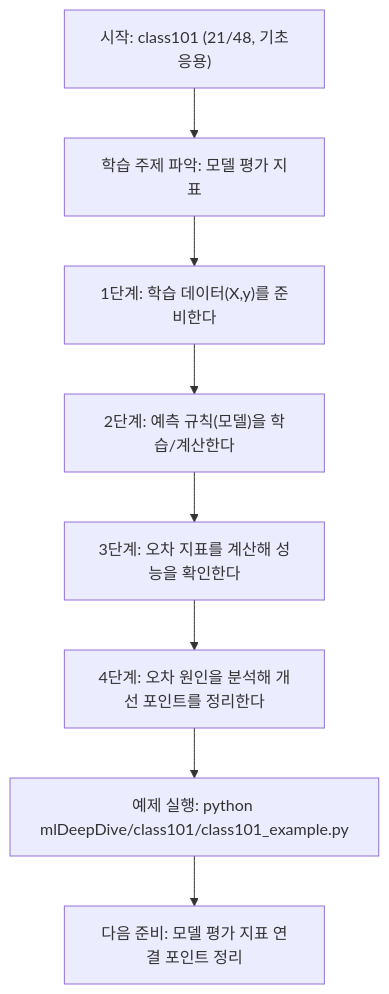
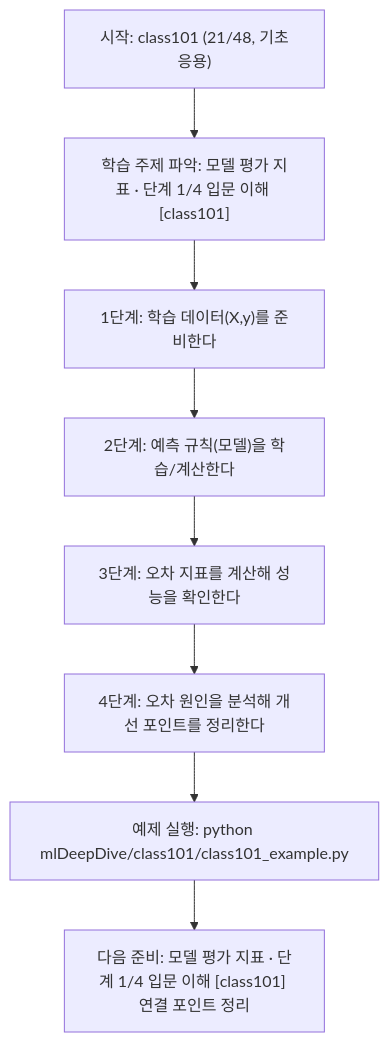
The diagram in mlDeepDive/class101/class101.md (edumgt/Python-AI_Agent-Class), drawn with Mermaid before and after one commit. The commit also changed other lines of this file and 522 other files, not shown here.

````diff
--- a/mlDeepDive/class101/class101.md
+++ b/mlDeepDive/class101/class101.md
@@ -109,18 +110,18 @@
 ```mermaid
 flowchart TD
 N1["시작: class101 (21/48, 기초응용)"]
-N2["학습 주제 파악: 모델 평가 지표"]
+N2["학습 주제 파악: 모델 평가 지표 · 단계 1/4 입문 이해 [class101]"]
 N3["1단계: 학습 데이터(X,y)를 준비한다"]
 N4["2단계: 예측 규칙(모델)을 학습/계산한다"]
 N5["3단계: 오차 지표를 계산해 성능을 확인한다"]
 N6["4단계: 오차 원인을 분석해 개선 포인트를 정리한다"]
 N7["예제 실행: python mlDeepDive/class101/class101_example.py"]
-N8["다음 준비: 모델 평가 지표 연결 포인트 정리"]
+N8["다음 준비: 모델 평가 지표 · 단계 1/4 입문 이해 [class101] 연결 포인트 정리"]
 N1 --> N2
 N2 --> N3
 N3 --> N4
 N4 --> N5
 N5 --> N6
 N6 --> N7
 N7 --> N8
 ```
````
